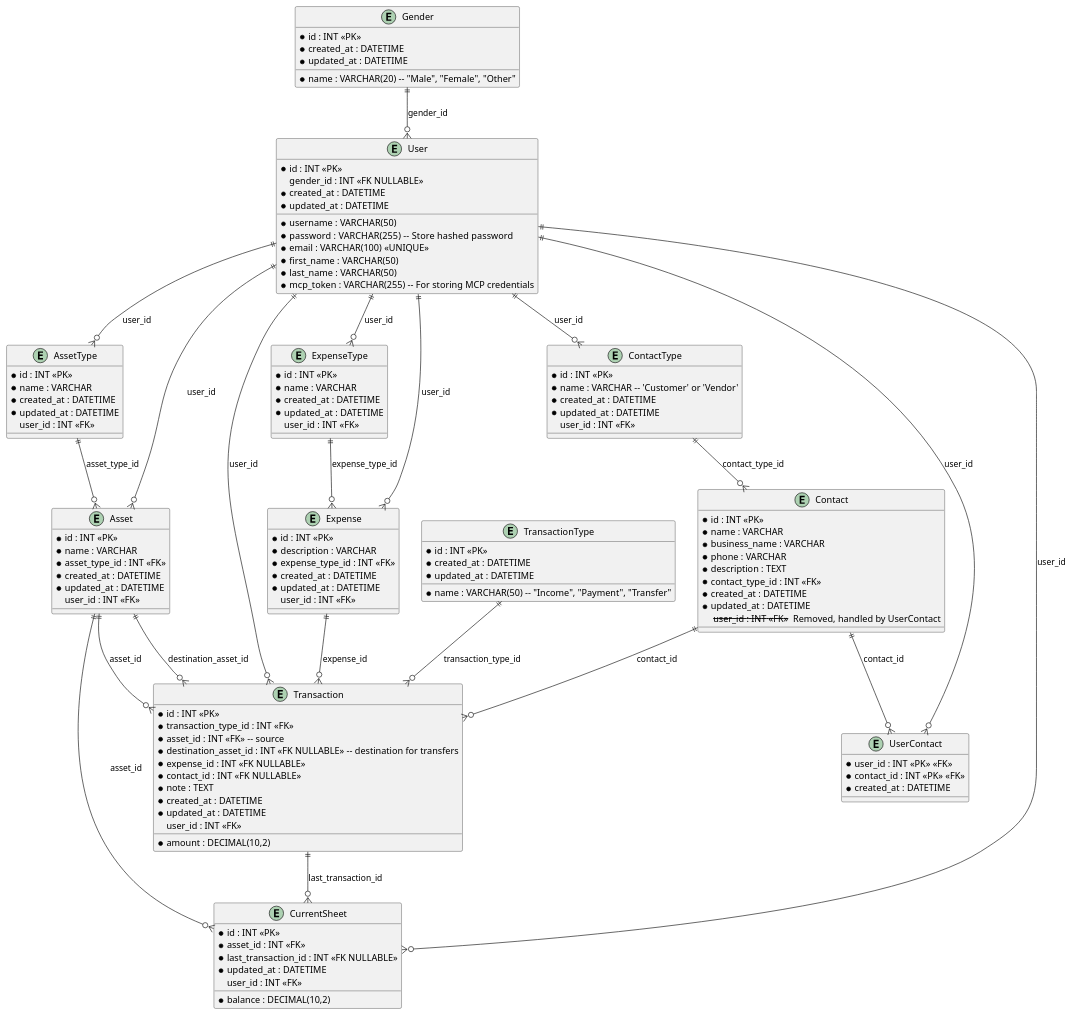
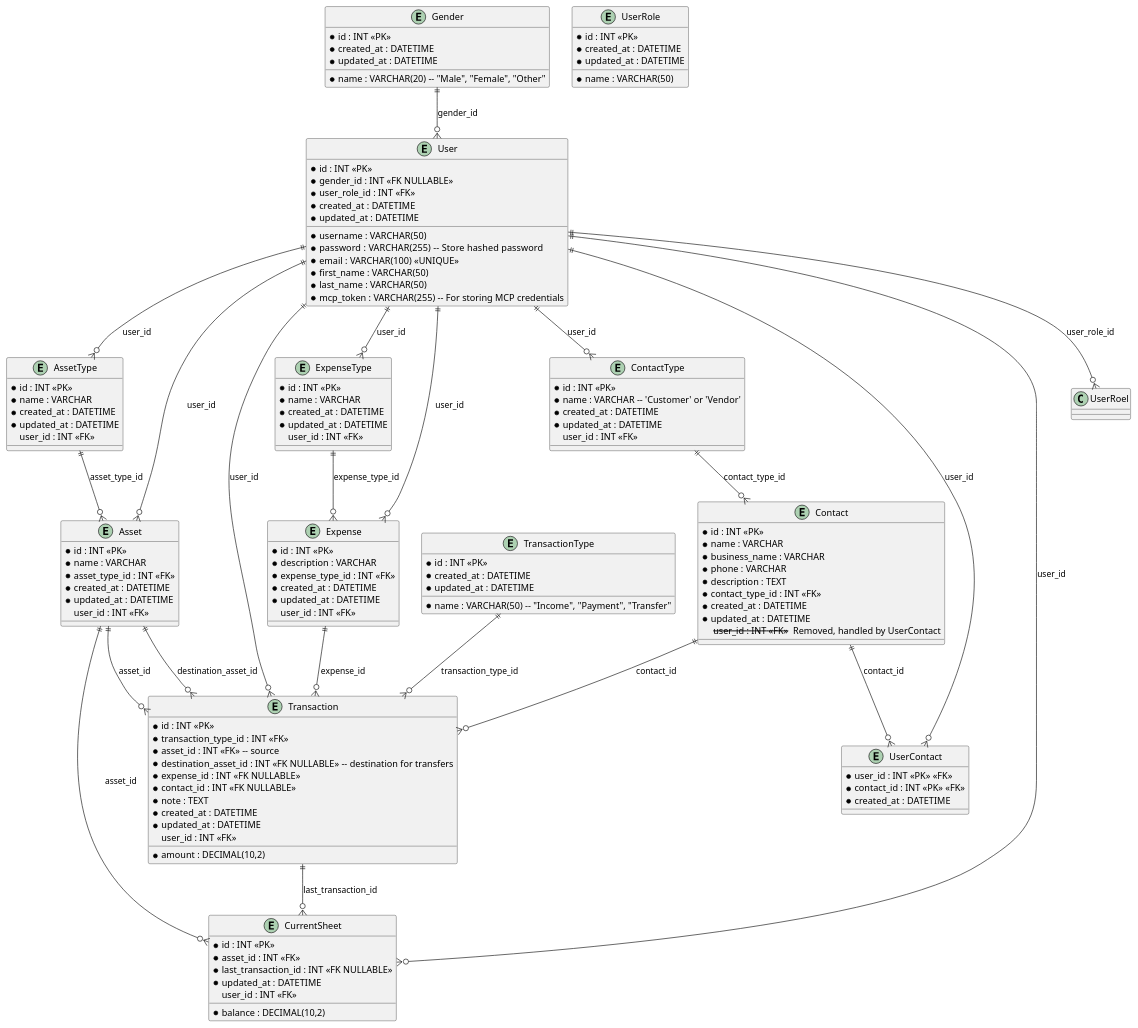
One commit to otterdev0341/light-house-banking changed the diagram in docs/er.plantuml. Above: the diagram before and after it, drawn with PlantUML. The commit also changed 8 other files, not shown here.

```diff
--- a/docs/er.plantuml
+++ b/docs/er.plantuml
@@ -1,148 +1,161 @@
 @startuml "light-house"
 
+' Done
 entity AssetType {
   *id : INT <<PK>>
   *name : VARCHAR
   *created_at : DATETIME
   *updated_at : DATETIME
   user_id : INT <<FK>>
 }
 
 entity Asset {
   *id : INT <<PK>>
   *name : VARCHAR
   *asset_type_id : INT <<FK>>
   *created_at : DATETIME
   *updated_at : DATETIME
   user_id : INT <<FK>>
 }
 
 entity ExpenseType {
   *id : INT <<PK>>
   *name : VARCHAR
   *created_at : DATETIME
   *updated_at : DATETIME
   user_id : INT <<FK>>
 }
 
 entity Expense {
   *id : INT <<PK>>
   *description : VARCHAR
   *expense_type_id : INT <<FK>>
   *created_at : DATETIME
   *updated_at : DATETIME
   user_id : INT <<FK>>
 }
 
 entity ContactType {
   *id : INT <<PK>>
   *name : VARCHAR -- 'Customer' or 'Vendor'
   *created_at : DATETIME
   *updated_at : DATETIME
   user_id : INT <<FK>>
 }
 
 entity Contact {
   *id : INT <<PK>>
   *name : VARCHAR
   *business_name : VARCHAR
   *phone : VARCHAR
   *description : TEXT
   *contact_type_id : INT <<FK>>
   *created_at : DATETIME
   *updated_at : DATETIME
   -- user_id : INT <<FK>> -- Removed, handled by UserContact
 }
 
 entity TransactionType {
   *id : INT <<PK>>
   *name : VARCHAR(50) -- "Income", "Payment", "Transfer"
   *created_at : DATETIME
   *updated_at : DATETIME
 }
 
 entity Transaction {
   *id : INT <<PK>>
   *transaction_type_id : INT <<FK>>
   *amount : DECIMAL(10,2)
   *asset_id : INT <<FK>> -- source
   *destination_asset_id : INT <<FK NULLABLE>> -- destination for transfers
   *expense_id : INT <<FK NULLABLE>>
   *contact_id : INT <<FK NULLABLE>>
   *note : TEXT
   *created_at : DATETIME
   *updated_at : DATETIME
   user_id : INT <<FK>>
 }
 
 entity CurrentSheet {
   *id : INT <<PK>>
   *asset_id : INT <<FK>>
   *balance : DECIMAL(10,2)
   *last_transaction_id : INT <<FK NULLABLE>>
   *updated_at : DATETIME
   user_id : INT <<FK>>
 }
 
+' Done
 entity Gender {
   *id : INT <<PK>>
   *name : VARCHAR(20) -- "Male", "Female", "Other"
   *created_at : DATETIME
   *updated_at : DATETIME
 }
 
+ ' Done
 entity User {
   *id : INT <<PK>>
   *username : VARCHAR(50)
   *password : VARCHAR(255)  -- Store hashed password
   *email : VARCHAR(100) <<UNIQUE>>
   *first_name : VARCHAR(50)
   *last_name : VARCHAR(50)
   *mcp_token : VARCHAR(255) -- For storing MCP credentials
-  gender_id : INT <<FK NULLABLE>>
+  *gender_id : INT <<FK NULLABLE>>
+  *user_role_id : INT <<FK>>
+  *created_at : DATETIME
+  *updated_at : DATETIME
+}
+
+' Done
+entity UserRole {
+  *id : INT <<PK>>
+  *name : VARCHAR(50)
   *created_at : DATETIME
   *updated_at : DATETIME
 }
 
 entity UserContact {
   *user_id : INT <<PK>> <<FK>>
   *contact_id : INT <<PK>> <<FK>>
   *created_at : DATETIME
 }
 
 ' Relationships
 AssetType ||--o{ Asset : asset_type_id
 ExpenseType ||--o{ Expense : expense_type_id
 ContactType ||--o{ Contact : contact_type_id
 
 ' Contact to Transaction (via GeneralTransaction)
 Contact ||--o{ Transaction : contact_id
 
 ' Asset to Transaction (source and destination)
 Asset ||--o{ Transaction : asset_id
 Asset ||--o{ Transaction : destination_asset_id
 
 ' Expense to Transaction
 Expense ||--o{ Transaction : expense_id
 
 ' Asset to CurrentSheet
 Asset ||--o{ CurrentSheet : asset_id
 
 ' User to their specific data
 User ||--o{ AssetType : user_id
 User ||--o{ Asset : user_id
 User ||--o{ ExpenseType : user_id
 User ||--o{ Expense : user_id
 User ||--o{ ContactType : user_id
+User ||--o{ UserRoel : user_role_id
 ' User ||--o{ Contact : user_id -- Replaced by UserContact
 User ||--o{ Transaction : user_id
 User ||--o{ CurrentSheet : user_id
 
 ' New Relationships
 TransactionType ||--o{ Transaction : transaction_type_id
 Gender ||--o{ User : gender_id
 User ||--o{ UserContact : user_id
 Contact ||--o{ UserContact : contact_id
 Transaction ||--o{ CurrentSheet : last_transaction_id
 
 @enduml
```
